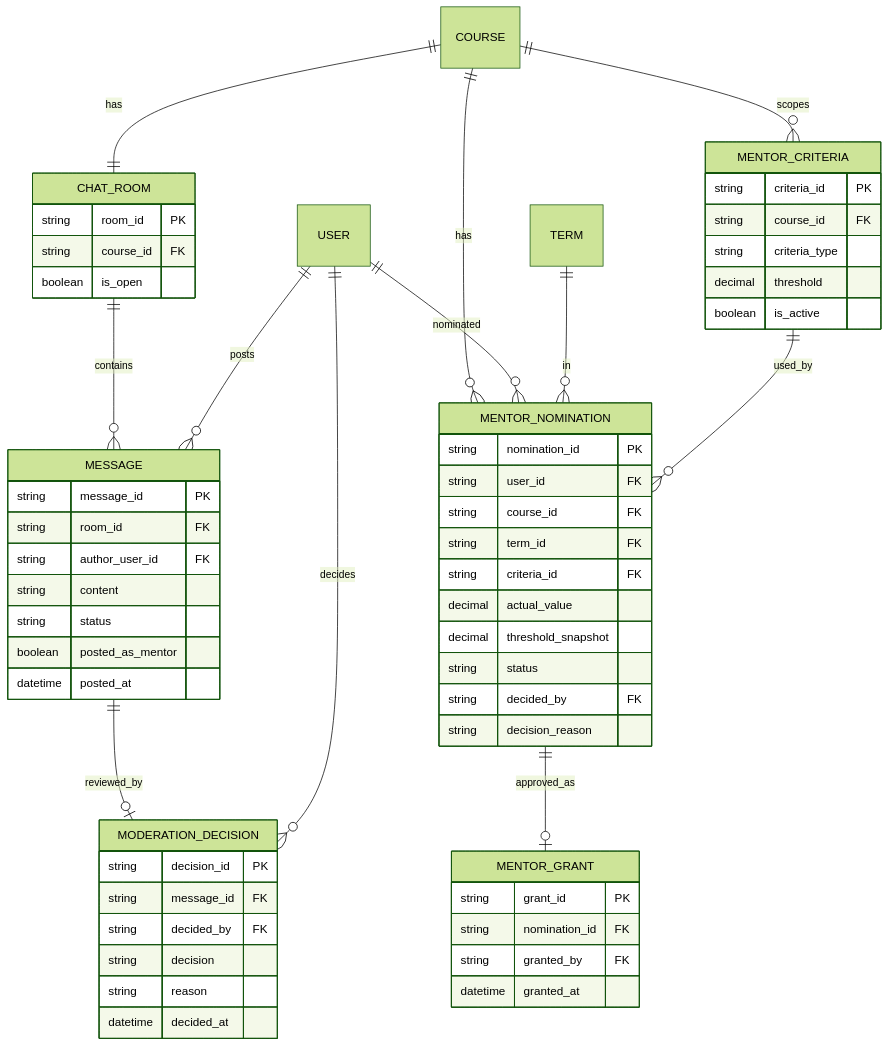
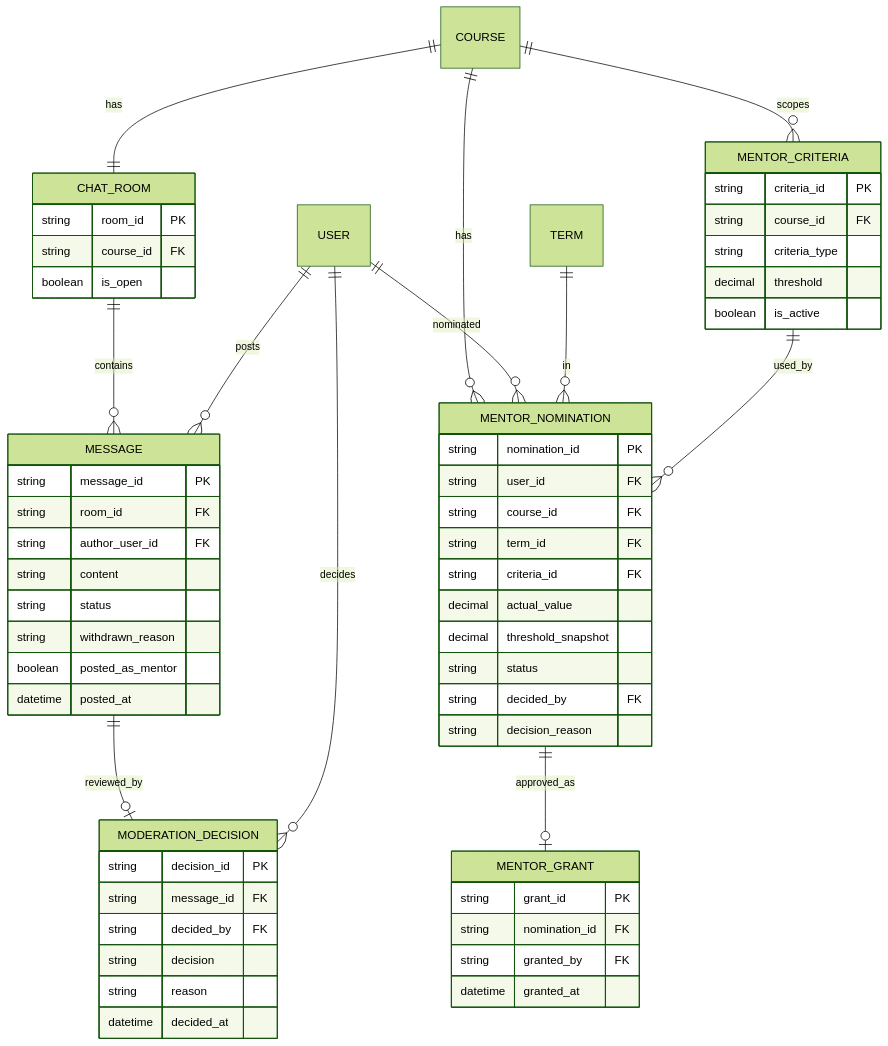
One commit to PAKOSORUS/Grade-Runway-PROJECT changed the fourth of 5 diagrams in docs/02-design/02-technical/database-spec.md. Above: the diagram before and after it, drawn with Mermaid (forest theme). The commit also changed other lines of this file and 2 other files, not shown here.

````diff
--- a/docs/02-design/02-technical/database-spec.md
+++ b/docs/02-design/02-technical/database-spec.md
@@ -194,62 +198,63 @@
 ```mermaid
 erDiagram
     COURSE ||--|| CHAT_ROOM : has
     COURSE ||--o{ MENTOR_NOMINATION : has
     COURSE ||--o{ MENTOR_CRITERIA : scopes
     USER ||--o{ MENTOR_NOMINATION : nominated
     TERM ||--o{ MENTOR_NOMINATION : in
     MENTOR_CRITERIA ||--o{ MENTOR_NOMINATION : used_by
     MENTOR_NOMINATION ||--o| MENTOR_GRANT : approved_as
     CHAT_ROOM ||--o{ MESSAGE : contains
     USER ||--o{ MESSAGE : posts
     MESSAGE ||--o| MODERATION_DECISION : reviewed_by
     USER ||--o{ MODERATION_DECISION : decides
 
     MENTOR_CRITERIA {
         string criteria_id PK
         string course_id FK
         string criteria_type
         decimal threshold
         boolean is_active
     }
     MENTOR_NOMINATION {
         string nomination_id PK
         string user_id FK
         string course_id FK
         string term_id FK
         string criteria_id FK
         decimal actual_value
         decimal threshold_snapshot
         string status
         string decided_by FK
         string decision_reason
     }
     MENTOR_GRANT {
         string grant_id PK
         string nomination_id FK
         string granted_by FK
         datetime granted_at
     }
     CHAT_ROOM {
         string room_id PK
         string course_id FK
         boolean is_open
     }
     MESSAGE {
         string message_id PK
         string room_id FK
         string author_user_id FK
         string content
         string status
+        string withdrawn_reason
         boolean posted_as_mentor
         datetime posted_at
     }
     MODERATION_DECISION {
         string decision_id PK
         string message_id FK
         string decided_by FK
         string decision
         string reason
         datetime decided_at
     }
 ```
````
